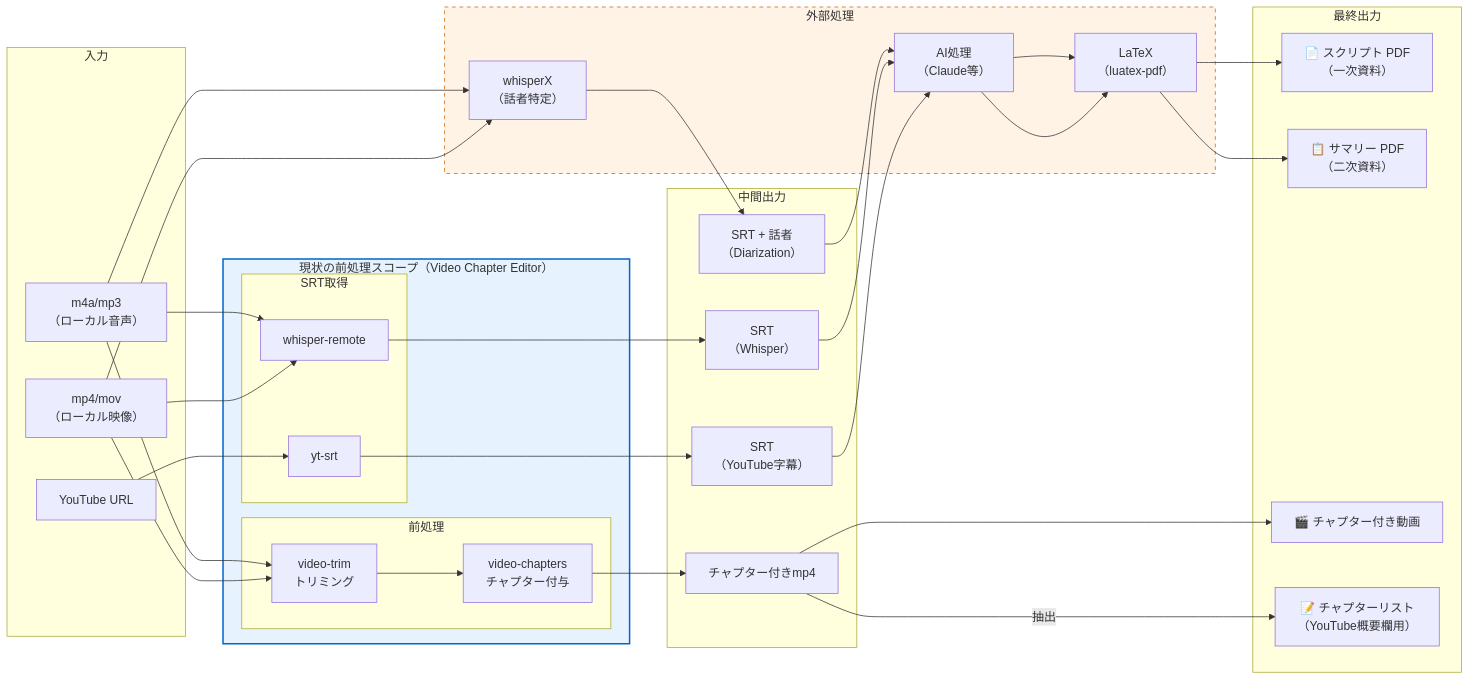
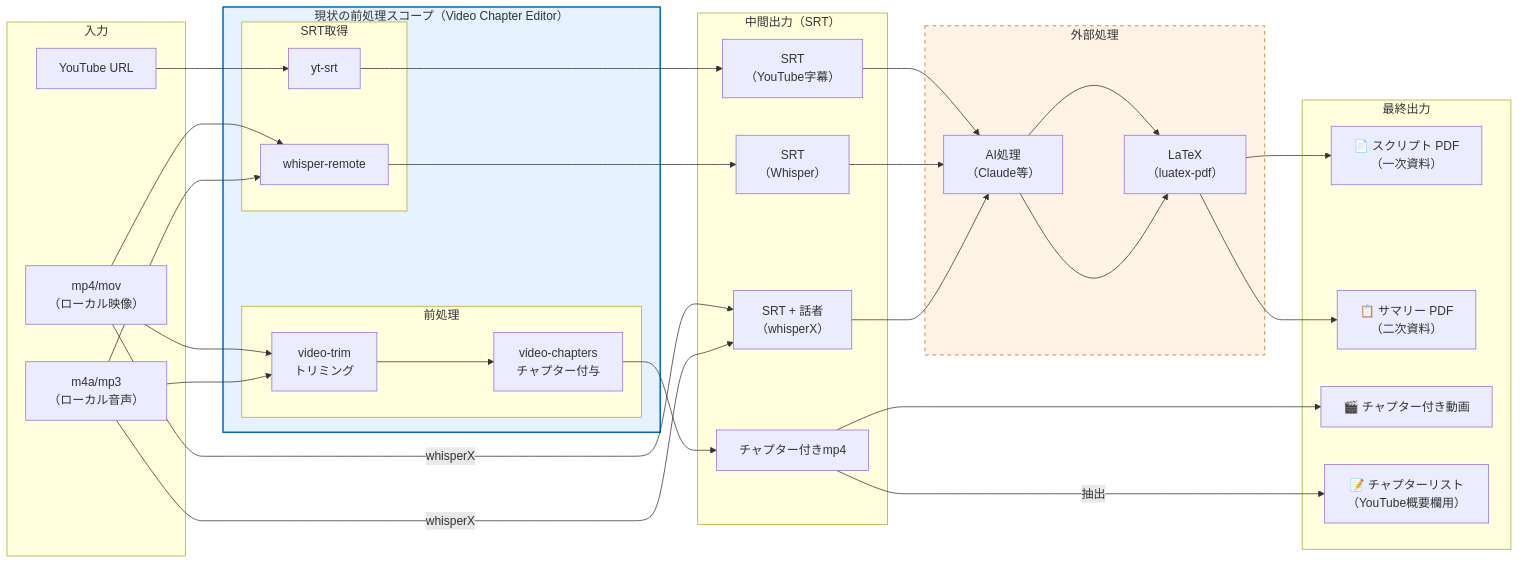
Before and after one commit to mashi727/media-scribe-workflow: the first of 21 diagrams in docs/workflow-diagrams.md, drawn with Mermaid.

Commit message:
Fix: whisperX output is also SRT format
- Moved whisperX from external processing to input→SRT path
- All transcription outputs (YouTube, Whisper, whisperX) are now
  consistently shown as SRT in the intermediate output section

🤖 Generated with [Claude Code](https://claude.com/claude-code)

````diff
--- a/docs/workflow-diagrams.md
+++ b/docs/workflow-diagrams.md
@@ -7,70 +7,69 @@
 ```mermaid
 flowchart LR
     subgraph INPUT["入力"]
         I1["mp4/mov<br>（ローカル映像）"]
         I2["m4a/mp3<br>（ローカル音声）"]
         I3["YouTube URL"]
     end
 
     subgraph SCOPE["現状の前処理スコープ（Video Chapter Editor）"]
         subgraph PREPROCESS["前処理"]
             P1["video-trim<br>トリミング"]
             P2["video-chapters<br>チャプター付与"]
         end
 
         subgraph SRT_ACQ["SRT取得"]
             S1["yt-srt"]
             S2["whisper-remote"]
         end
     end
 
-    subgraph MIDDLE["中間出力"]
+    subgraph MIDDLE["中間出力（SRT）"]
         M1["SRT<br>（YouTube字幕）"]
         M2["SRT<br>（Whisper）"]
-        M3["SRT + 話者<br>（Diarization）"]
+        M3["SRT + 話者<br>（whisperX）"]
         M4["チャプター付きmp4"]
     end
 
     subgraph EXTERNAL["外部処理"]
-        E1["whisperX<br>（話者特定）"]
         E2["AI処理<br>（Claude等）"]
         E3["LaTeX<br>（luatex-pdf）"]
     end
 
     subgraph OUTPUT["最終出力"]
         O1["📄 スクリプト PDF<br>（一次資料）"]
         O2["📋 サマリー PDF<br>（二次資料）"]
         O3["🎬 チャプター付き動画"]
         O4["📝 チャプターリスト<br>（YouTube概要欄用）"]
     end
 
     %% 入力 → 前処理
     I1 --> P1
     I2 --> P1
     P1 --> P2
 
     %% 入力 → SRT取得
     I3 --> S1 --> M1
     I1 --> S2 --> M2
     I2 --> S2
 
-    %% 話者特定（外部）
-    I1 --> E1 --> M3
-    I2 --> E1
+    %% 話者特定（オプション）
+    I1 -->|whisperX| M3
+    I2 -->|whisperX| M3
 
     %% 前処理 → 中間出力（動画）
     P2 --> M4
 
     %% 中間出力 → 外部処理 → 最終出力
     M1 --> E2
     M2 --> E2
     M3 --> E2
     E2 --> E3 --> O1
     E2 --> E3 --> O2
     M4 --> O3
     M4 -->|抽出| O4
 
     %% スタイル
     style SCOPE fill:#e6f3ff,stroke:#0066cc,stroke-width:2px
     style EXTERNAL fill:#fff3e6,stroke:#cc6600,stroke-width:1px,stroke-dasharray: 5 5
 ```
````
